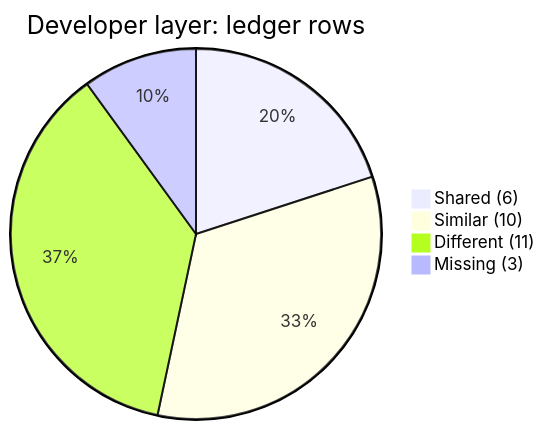
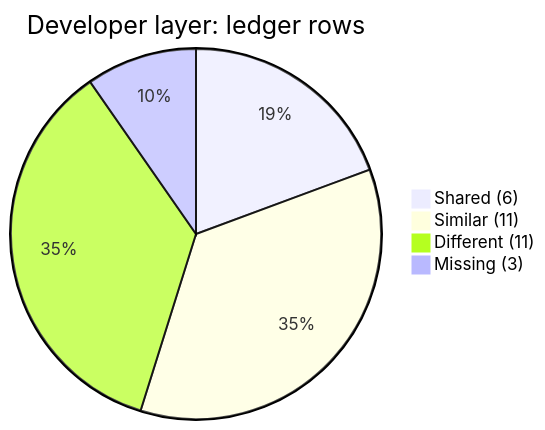
One commit to lossless-group/lossless-ai-labs changed the seventh of 8 diagrams in studies/collaborations/dialogiq/02-Compare-Contrast-Harness-Artifacts__dialogiq.md. Above: the diagram before and after it, drawn with Mermaid. The commit also changed other lines of this file and 2 other files, not shown here.

````diff
--- a/studies/collaborations/dialogiq/02-Compare-Contrast-Harness-Artifacts__dialogiq.md
+++ b/studies/collaborations/dialogiq/02-Compare-Contrast-Harness-Artifacts__dialogiq.md
@@ -554,7 +610,7 @@
 ```mermaid
 pie title Developer layer: ledger rows
   "Shared (6)" : 6
-  "Similar (10)" : 10
+  "Similar (11)" : 11
   "Different (11)" : 11
   "Missing (3)" : 3
 ```
````
